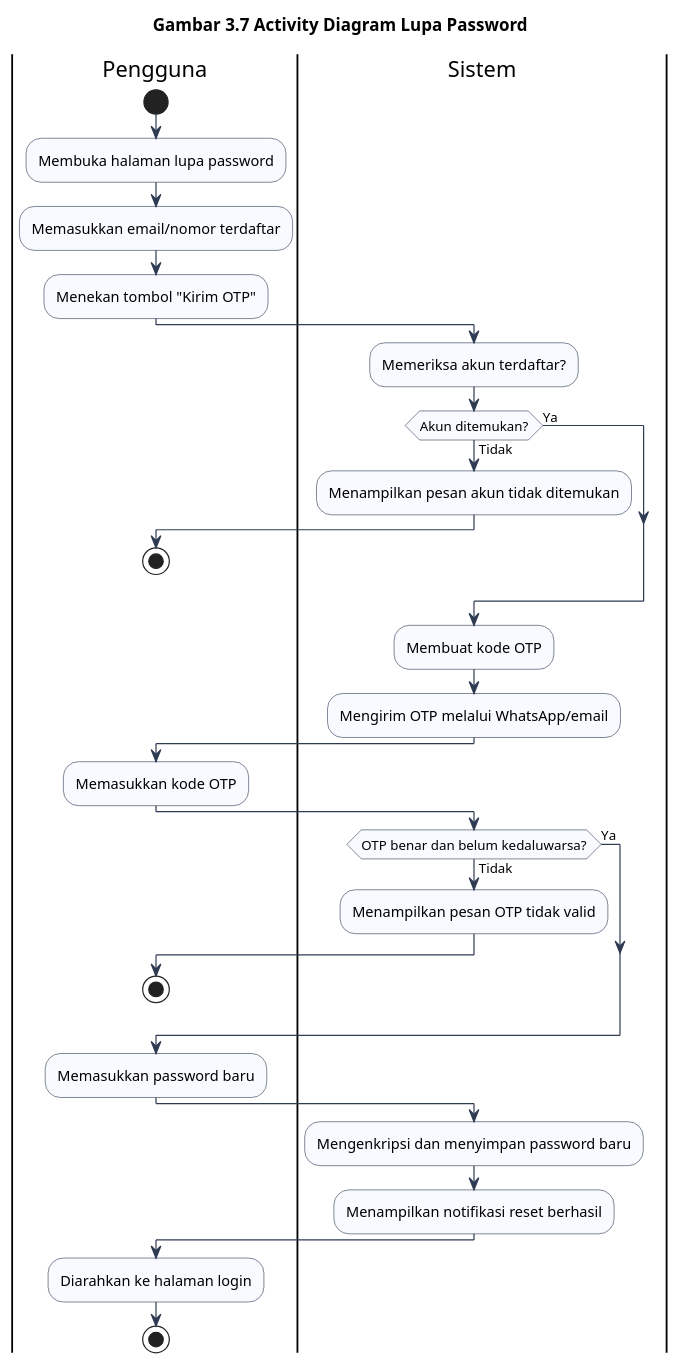
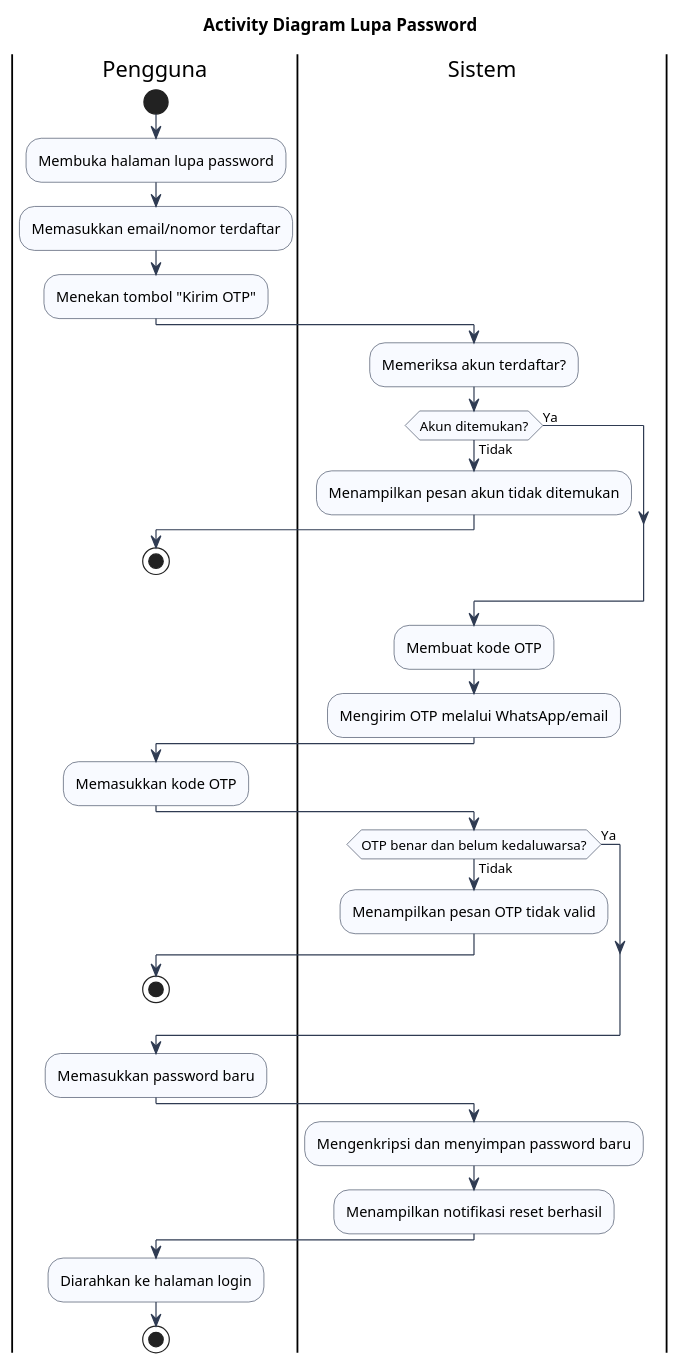
The diagram in docs/activity/3.7-lupa-password.puml (Abdlhsnu17/sipena.apps), drawn with PlantUML before and after one commit. The commit also changed 21 other files, not shown here.

Commit message:
docs: ubah judul activity diagram menjadi polos tanpa nomor gambar

```diff
--- a/docs/activity/3.7-lupa-password.puml
+++ b/docs/activity/3.7-lupa-password.puml
@@ -1,52 +1,52 @@
 @startuml
-title Gambar 3.7 Activity Diagram Lupa Password
+title Activity Diagram Lupa Password
 skinparam shadowing false
 skinparam activity {
   BackgroundColor #F8FAFF
   BorderColor #2F3B52
   ArrowColor #2F3B52
   DiamondBackgroundColor #F8FAFF
   DiamondBorderColor #2F3B52
 }
 
 |Pengguna|
 start
 :Membuka halaman lupa password;
 :Memasukkan email/nomor terdaftar;
 :Menekan tombol "Kirim OTP";
 
 |Sistem|
 :Memeriksa akun terdaftar?;
 if (Akun ditemukan?) then (Tidak)
   :Menampilkan pesan akun tidak ditemukan;
   |Pengguna|
   stop
 else (Ya)
 endif
 
 |Sistem|
 :Membuat kode OTP;
 :Mengirim OTP melalui WhatsApp/email;
 
 |Pengguna|
 :Memasukkan kode OTP;
 
 |Sistem|
 if (OTP benar dan belum kedaluwarsa?) then (Tidak)
   :Menampilkan pesan OTP tidak valid;
   |Pengguna|
   stop
 else (Ya)
 endif
 
 |Pengguna|
 :Memasukkan password baru;
 
 |Sistem|
 :Mengenkripsi dan menyimpan password baru;
 :Menampilkan notifikasi reset berhasil;
 
 |Pengguna|
 :Diarahkan ke halaman login;
 stop
 @enduml
```
